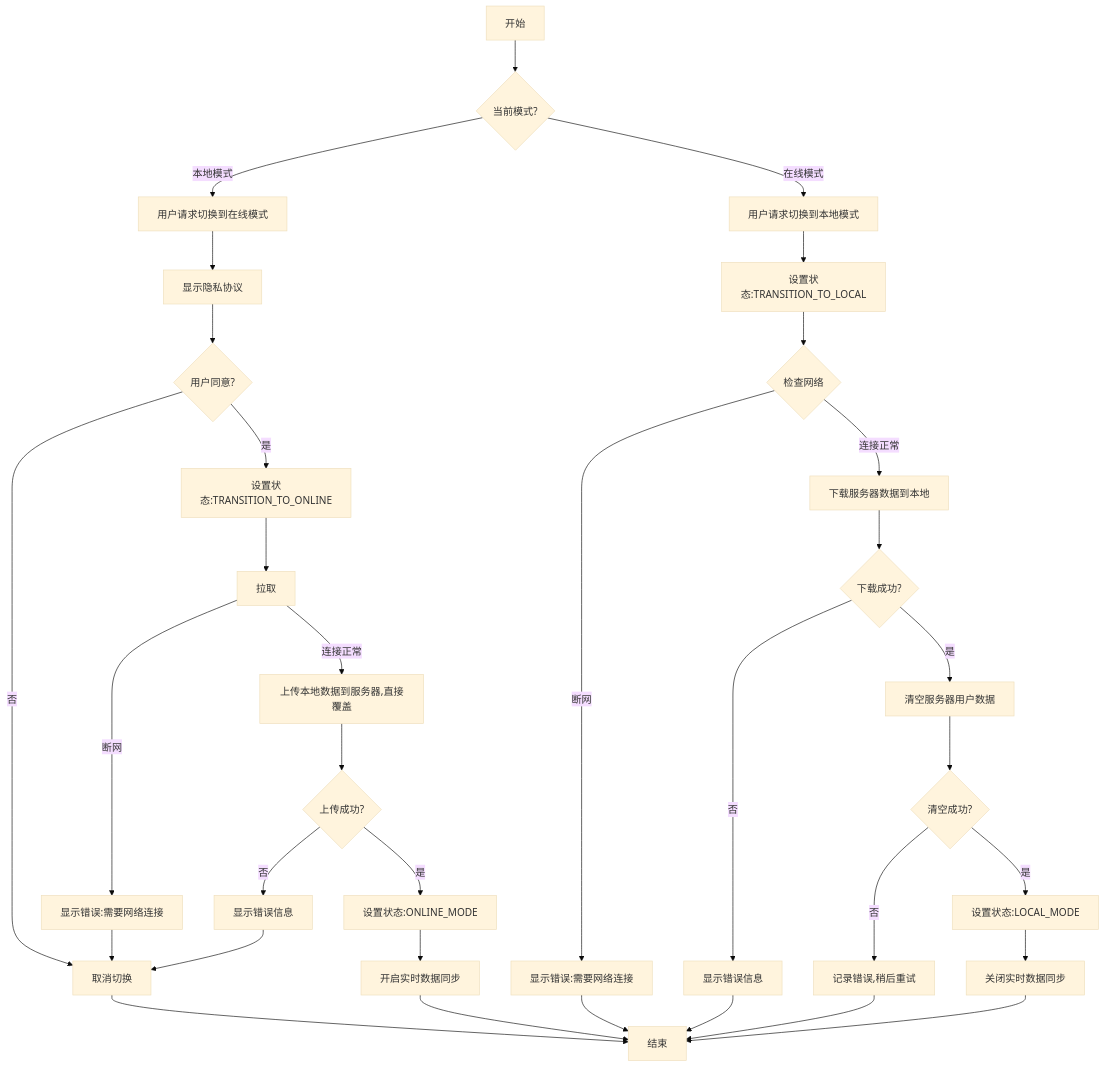
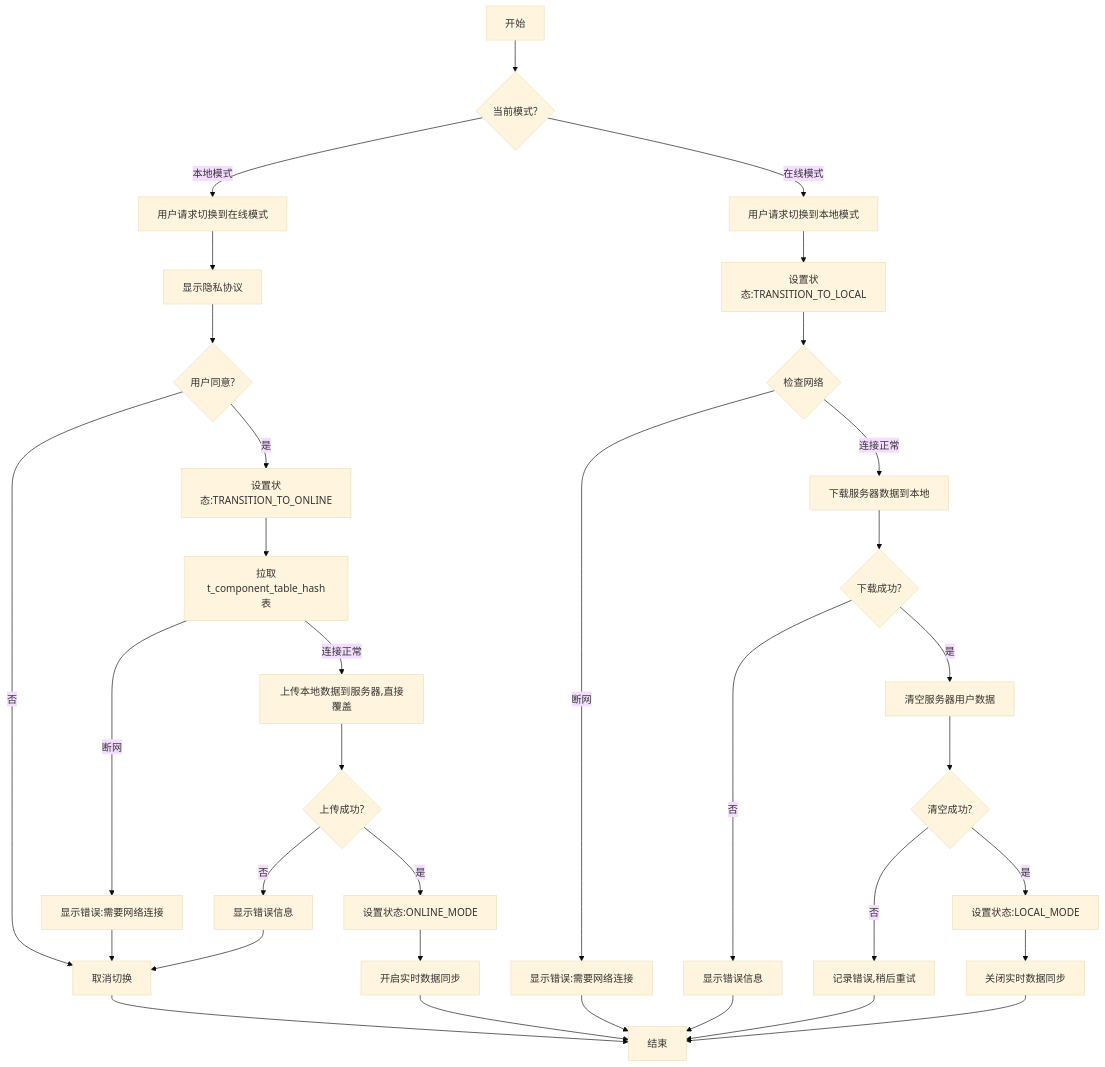
Before and after one commit to yingjianzh/iodraw-files: the diagram in all/未命名-50.md, drawn with Mermaid (base theme).

Commit message:
2025-05-08 16:08:15 update

````diff
--- a/all/未命名-50.md
+++ b/all/未命名-50.md
@@ -1,40 +1,40 @@
 ```mermaid
 
 flowchart TD
     A[开始] --> B{当前模式?}
     
     B -->|本地模式| C[用户请求切换到在线模式]
     C --> F[显示隐私协议]
     F --> G{用户同意?}
     G -->|否| H[取消切换]
     H --> Z[结束]
     G -->|是| I[设置状态:TRANSITION_TO_ONLINE]
-    I --> J[拉取]
+    I --> J[拉取t_component_table_hash表]
     J -->|断网| K[显示错误:需要网络连接]
     K --> H
     J -->|连接正常| O[上传本地数据到服务器,直接覆盖]
     O --> P{上传成功?}
     P -->|否| Q[显示错误信息]
     Q --> H
     P -->|是| R[设置状态:ONLINE_MODE]
     R --> S[开启实时数据同步]
     S --> Z
     
     B -->|在线模式| T[用户请求切换到本地模式]
     T --> U[设置状态:TRANSITION_TO_LOCAL]
     U --> V{检查网络}
     V -->|断网| W[显示错误:需要网络连接]
     W --> Z
     V -->|连接正常| X[下载服务器数据到本地]
     X --> Y{下载成功?}
     Y -->|否| AA2[显示错误信息]
     AA2 --> Z
     Y -->|是| AB2[清空服务器用户数据]
     AB2 --> AC2{清空成功?}
     AC2 -->|否| AD2[记录错误,稍后重试]
     AD2 --> Z
     AC2 -->|是| AE[设置状态:LOCAL_MODE]
     AE --> AF[关闭实时数据同步]
     AF --> Z
 
 ```
````
